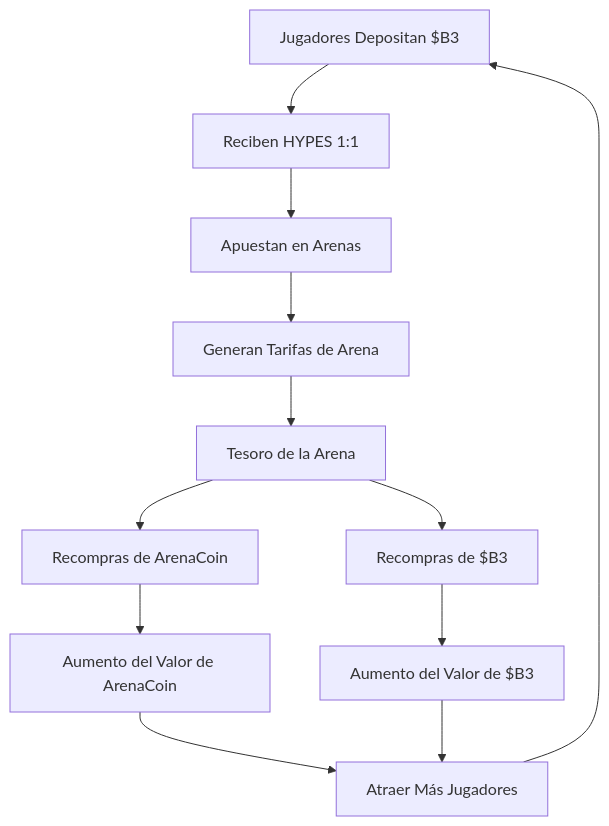
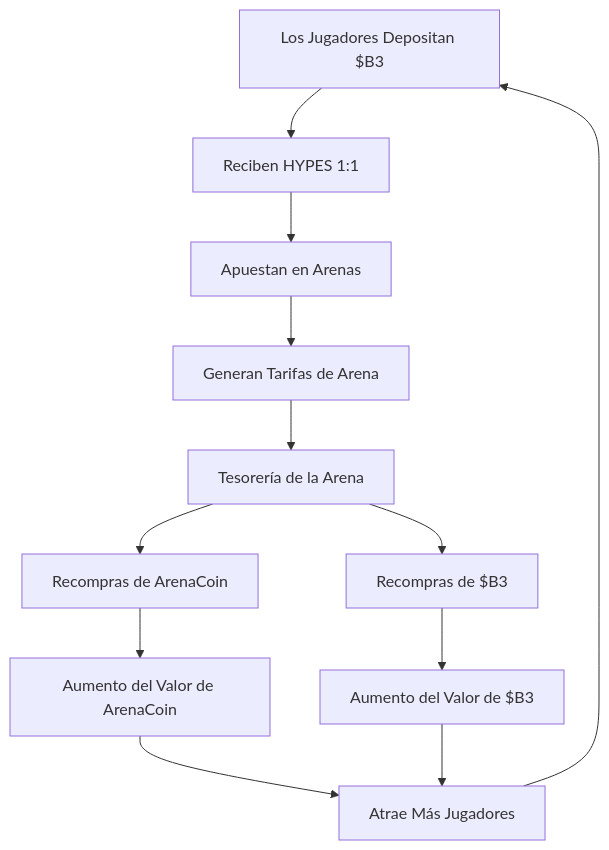
The first of 2 diagrams in docs/es/hypeduel/platform-overview.mdx (b3-fun/b3), drawn with Mermaid before and after one commit. The commit also changed other lines of this file and 29 other files, not shown here.

````diff
--- a/docs/es/hypeduel/platform-overview.mdx
+++ b/docs/es/hypeduel/platform-overview.mdx
@@ -142,14 +70,14 @@
 ```mermaid
 graph TB
-    A[Jugadores Depositan $B3] --> B[Reciben HYPES 1:1]
+    A[Los Jugadores Depositan $B3] --> B[Reciben HYPES 1:1]
     B --> C[Apuestan en Arenas]
     C --> D[Generan Tarifas de Arena]
-    D --> E[Tesoro de la Arena]
+    D --> E[Tesorería de la Arena]
     E --> F[Recompras de $B3]
     E --> G[Recompras de ArenaCoin]
     F --> H[Aumento del Valor de $B3]
     G --> I[Aumento del Valor de ArenaCoin]
-    I --> J[Atraer Más Jugadores]
+    I --> J[Atrae Más Jugadores]
     H --> J
     J --> A
 ```
````
